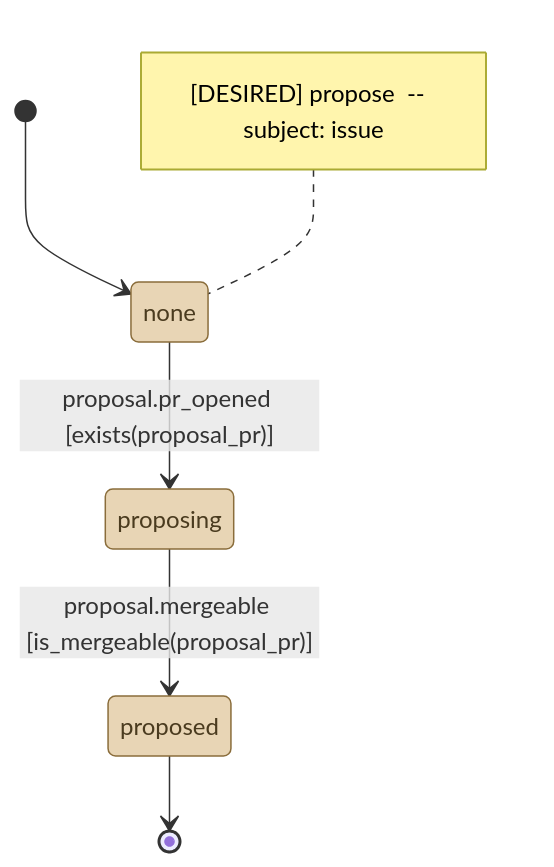
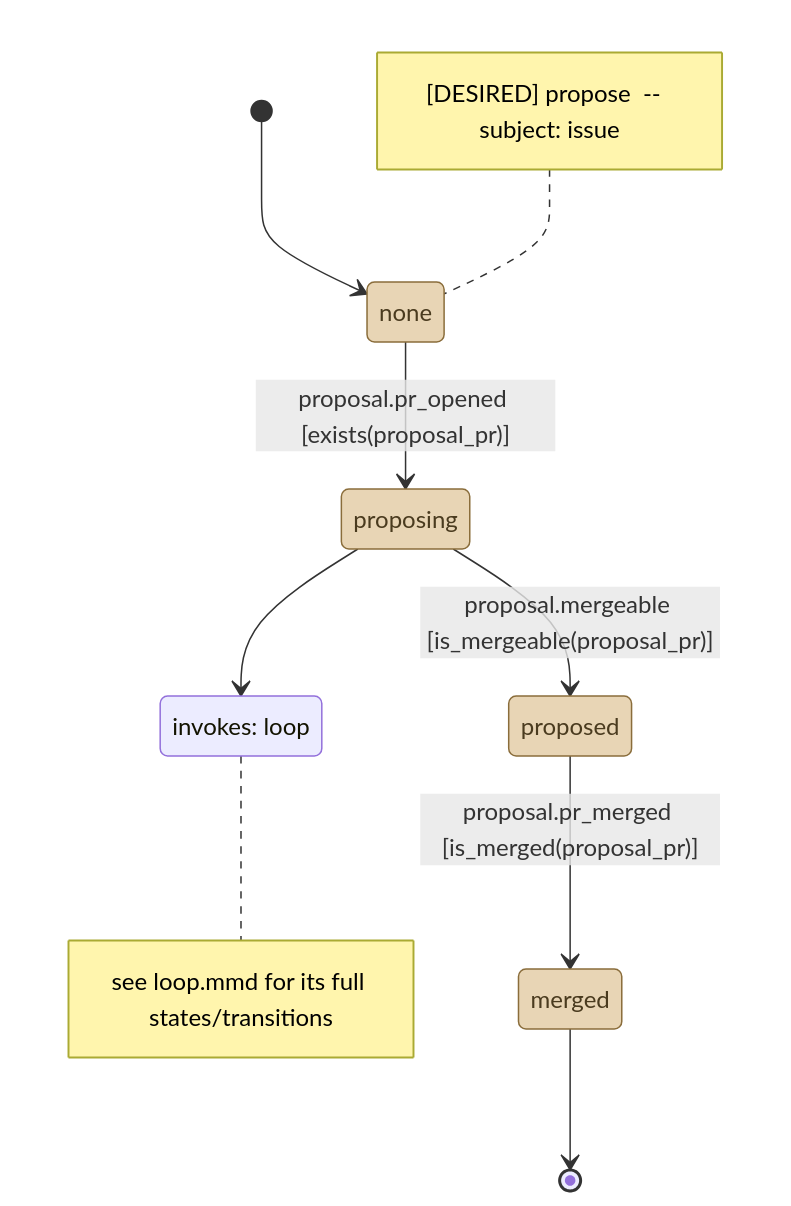
The diagram in .github/conveyor-model/mermaid/desired/propose.mmd (kostiantyn-matsebora/agent-ops-operator), drawn with Mermaid before and after one commit. The commit also changed 3 other files, not shown here.

```diff
--- a/.github/conveyor-model/mermaid/desired/propose.mmd
+++ b/.github/conveyor-model/mermaid/desired/propose.mmd
@@ -1,14 +1,21 @@
 stateDiagram-v2
     [*] --> none
     note left of none
         [DESIRED] propose  --  subject: issue
     end note
     classDef stationState fill:#e8d5b5,stroke:#8a6d3b,color:#4a3b1f
     classDef loopState fill:#c9e4de,stroke:#2f6b5e,color:#1a3b33
     state none
     state proposing
     state proposed
+    state merged
     none --> proposing : proposal.pr_opened [exists(proposal_pr)]
     proposing --> proposed : proposal.mergeable [is_mergeable(proposal_pr)]
-    proposed --> [*]
-    class none, proposing, proposed stationState
+    proposed --> merged : proposal.pr_merged [is_merged(proposal_pr)]
+    merged --> [*]
+    class none, proposing, proposed, merged stationState
+    state "invokes: loop" as proposing__loop
+    proposing --> proposing__loop
+    note right of proposing__loop
+        see loop.mmd for its full states/transitions
+    end note
```
